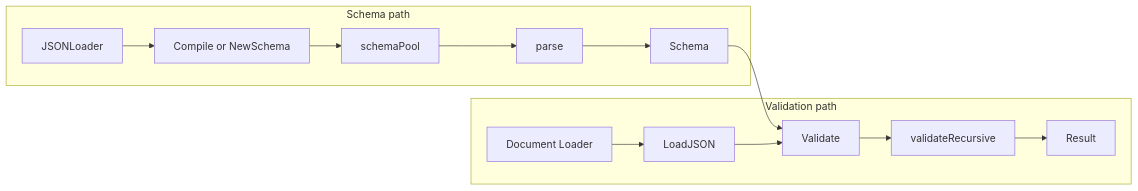
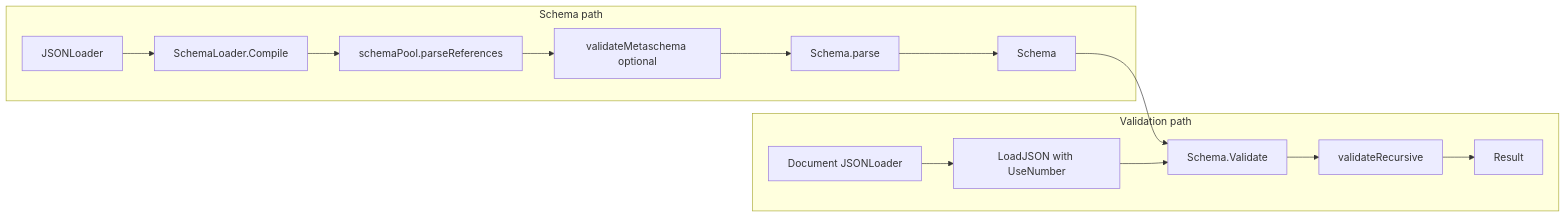
Before and after one commit to goddtriffin/json-schema-rs: the first of 2 diagrams in research/reports/go/xeipuuv-gojsonschema.md, drawn with Mermaid. The commit also changed other lines of this file and 51 other files, not shown here.

````diff
--- a/research/reports/go/xeipuuv-gojsonschema.md
+++ b/research/reports/go/xeipuuv-gojsonschema.md
@@ -83,26 +86,28 @@
 ```mermaid
 flowchart LR
   subgraph schemaPath [Schema path]
     LoaderA[JSONLoader]
-    Compile[Compile or NewSchema]
-    Pool[schemaPool]
-    Parse[parse]
+    Compile[SchemaLoader.Compile]
+    Pool[schemaPool.parseReferences]
+    Meta[validateMetaschema optional]
+    Parse[Schema.parse]
     Schema[Schema]
     LoaderA --> Compile
     Compile --> Pool
-    Pool --> Parse
+    Pool --> Meta
+    Meta --> Parse
     Parse --> Schema
   end
   subgraph validationPath [Validation path]
-    DocLoader[Document Loader]
-    LoadJSON[LoadJSON]
-    Validate[Validate]
-    validateRecursive[validateRecursive]
+    DocLoader[Document JSONLoader]
+    LoadJSON[LoadJSON with UseNumber]
+    Validate[Schema.Validate]
+    ValidateRecursive[validateRecursive]
     Result[Result]
     Schema --> Validate
     DocLoader --> LoadJSON
     LoadJSON --> Validate
-    Validate --> validateRecursive
-    validateRecursive --> Result
+    Validate --> ValidateRecursive
+    ValidateRecursive --> Result
   end
 ```
````
